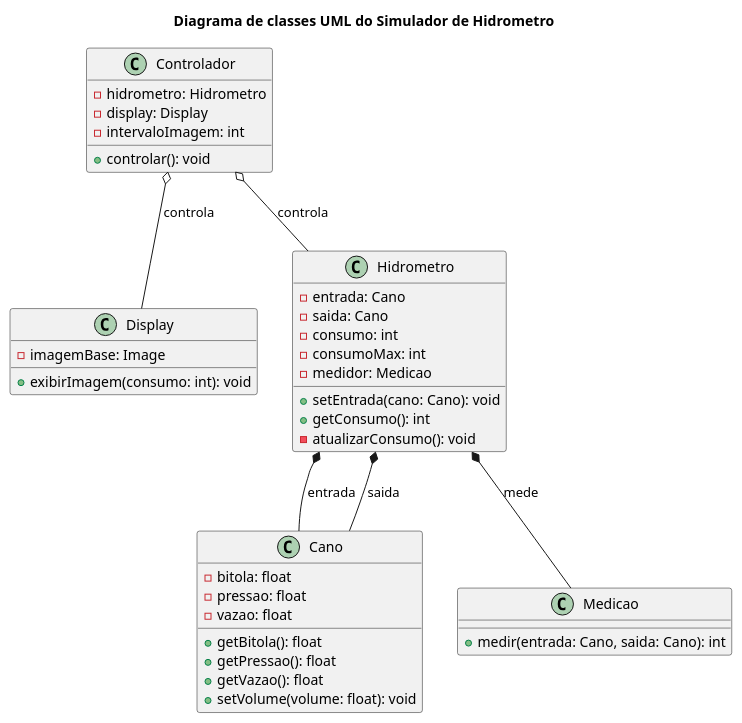
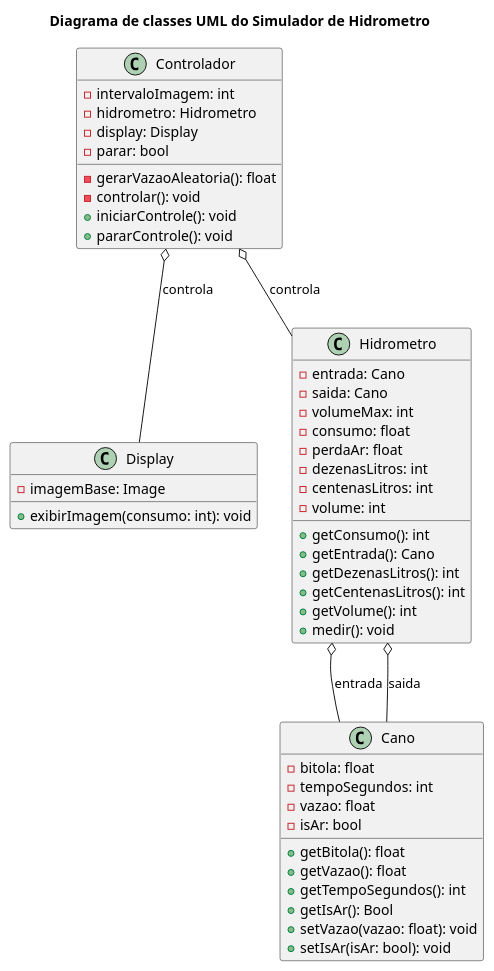
The diagram in docs/diagrama.puml (JeffersonAmorimdaCosta/simulador-hidrometro), drawn with PlantUML before and after one commit. The commit also changed 10 other files, not shown here.

```diff
--- a/docs/diagrama.puml
+++ b/docs/diagrama.puml
@@ -1,51 +1,61 @@
 @startuml
 title Diagrama de classes UML do Simulador de Hidrometro
 
 class Cano {
     - bitola: float
-    - pressao: float
+    ' - pressao: float
+    - tempoSegundos: int
     - vazao: float
+    - isAr: bool
 
     + getBitola(): float
-    + getPressao(): float
+    ' + getPressao(): float
     + getVazao(): float
-    + setVolume(volume: float): void
+    + getTempoSegundos(): int
+    + getIsAr(): Bool
+    + setVazao(vazao: float): void
+    + setIsAr(isAr: bool): void
 }
 
 class Display {
     - imagemBase: Image
     + exibirImagem(consumo: int): void
 }
 
-class Medicao {
-    + medir(entrada: Cano, saida: Cano): int
-}
-
 class Hidrometro {
     - entrada: Cano
     - saida: Cano
-    - consumo: int
-    - consumoMax: int
-    - medidor: Medicao
+    - volumeMax: int
+    - consumo: float
+    - perdaAr: float
+    - dezenasLitros: int
+    - centenasLitros: int
+    - volume: int
 
-    + setEntrada(cano: Cano): void
     + getConsumo(): int
-    - atualizarConsumo(): void
+    + getEntrada(): Cano
+    + getDezenasLitros(): int
+    + getCentenasLitros(): int
+    + getVolume(): int
+    + medir(): void
 }
 
 class Controlador {
+    - intervaloImagem: int
     - hidrometro: Hidrometro
     - display: Display
-    - intervaloImagem: int
+    - parar: bool
 
-    + controlar(): void
+    - gerarVazaoAleatoria(): float
+    - controlar(): void
+    + iniciarControle(): void
+    + pararControle(): void
 }
 
 '--- Relações ---
-Hidrometro *-- Cano : entrada
-Hidrometro *-- Cano : saida
-Hidrometro *-- Medicao: mede
+Hidrometro o-- Cano : entrada
+Hidrometro o-- Cano : saida
 Controlador o-- Hidrometro : controla
 Controlador o-- Display : controla
 
 @enduml
```
